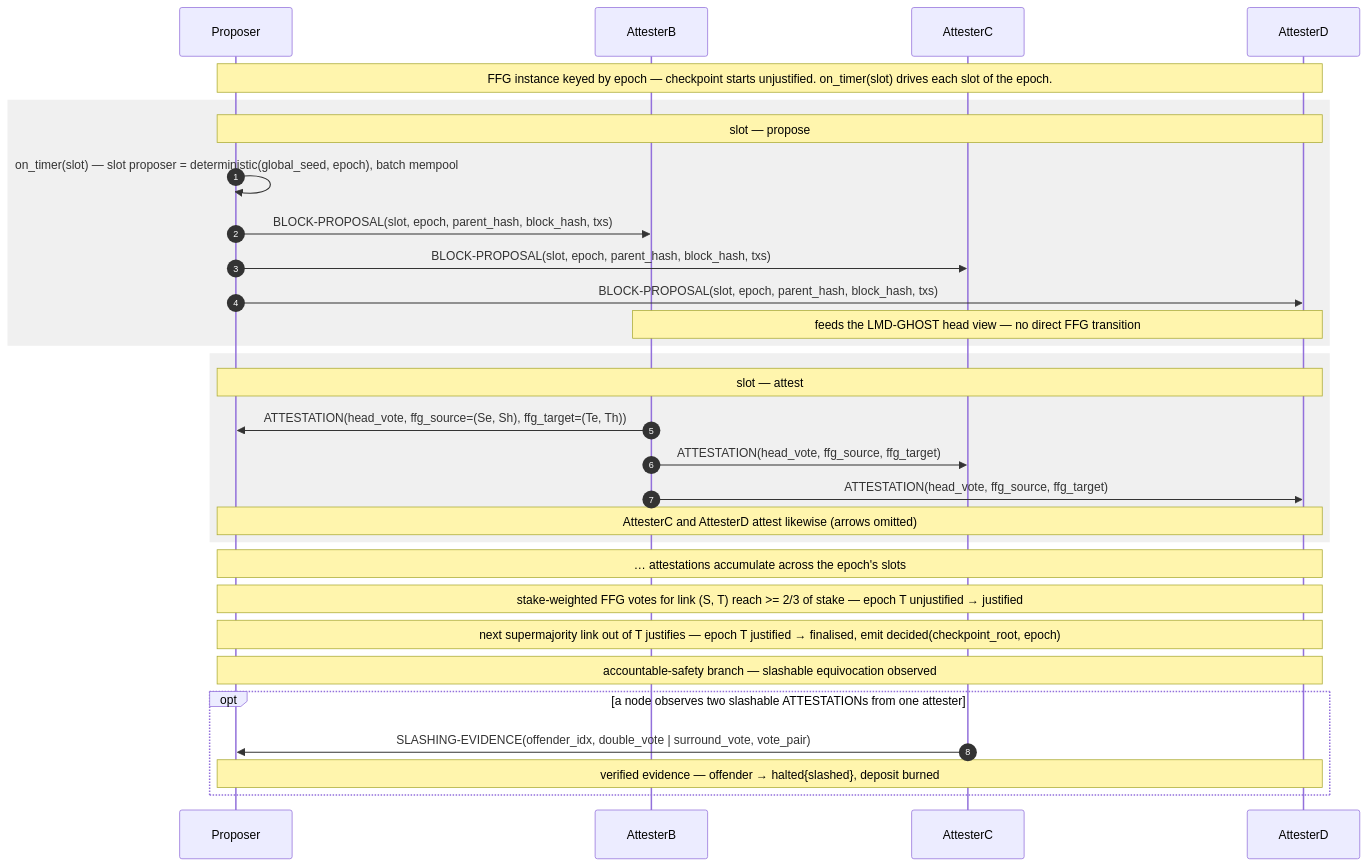
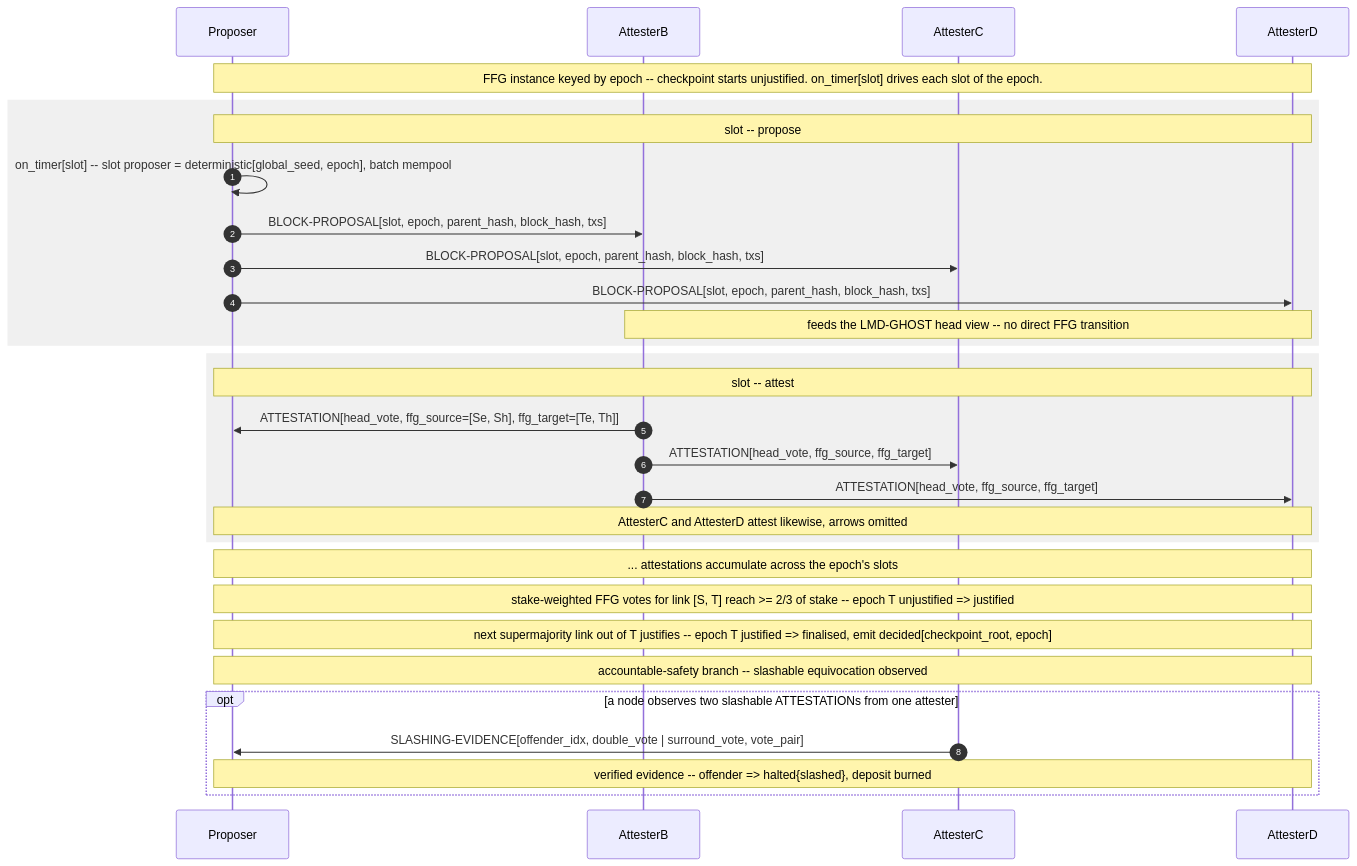
Before and after one commit to palhs/thesis: the diagram in wiki/diagrams/protocols/casper-ffg.md, drawn with Mermaid. The commit also changed 3 other files, not shown here.

First line of the commit message:
wiki: make protocol mermaid diagrams Zed-preview-safe

````diff
--- a/wiki/diagrams/protocols/casper-ffg.md
+++ b/wiki/diagrams/protocols/casper-ffg.md
@@ -15,40 +15,40 @@
 ```mermaid
-%% Casper FFG — justify-then-finalise for one epoch (stake threshold >= 2/3)
 sequenceDiagram
+    %% Casper FFG justify-then-finalise for one epoch (stake threshold >= 2/3)
     autonumber
     participant Proposer
     participant AttesterB
     participant AttesterC
     participant AttesterD
 
-    Note over Proposer,AttesterD: FFG instance keyed by epoch — checkpoint starts unjustified. on_timer(slot) drives each slot of the epoch.
+    Note over Proposer,AttesterD: FFG instance keyed by epoch -- checkpoint starts unjustified. on_timer[slot] drives each slot of the epoch.
 
     rect rgb(240,240,240)
-        Note over Proposer,AttesterD: slot — propose
-        Proposer->>Proposer: on_timer(slot) — slot proposer = deterministic(global_seed, epoch), batch mempool
-        Proposer->>AttesterB: BLOCK-PROPOSAL(slot, epoch, parent_hash, block_hash, txs)
-        Proposer->>AttesterC: BLOCK-PROPOSAL(slot, epoch, parent_hash, block_hash, txs)
-        Proposer->>AttesterD: BLOCK-PROPOSAL(slot, epoch, parent_hash, block_hash, txs)
-        Note over AttesterB,AttesterD: feeds the LMD-GHOST head view — no direct FFG transition
+        Note over Proposer,AttesterD: slot -- propose
+        Proposer->>Proposer: on_timer[slot] -- slot proposer = deterministic[global_seed, epoch], batch mempool
+        Proposer->>AttesterB: BLOCK-PROPOSAL[slot, epoch, parent_hash, block_hash, txs]
+        Proposer->>AttesterC: BLOCK-PROPOSAL[slot, epoch, parent_hash, block_hash, txs]
+        Proposer->>AttesterD: BLOCK-PROPOSAL[slot, epoch, parent_hash, block_hash, txs]
+        Note over AttesterB,AttesterD: feeds the LMD-GHOST head view -- no direct FFG transition
     end
 
     rect rgb(240,240,240)
-        Note over Proposer,AttesterD: slot — attest
-        AttesterB->>Proposer: ATTESTATION(head_vote, ffg_source=(Se, Sh), ffg_target=(Te, Th))
-        AttesterB->>AttesterC: ATTESTATION(head_vote, ffg_source, ffg_target)
-        AttesterB->>AttesterD: ATTESTATION(head_vote, ffg_source, ffg_target)
-        Note over Proposer,AttesterD: AttesterC and AttesterD attest likewise (arrows omitted)
+        Note over Proposer,AttesterD: slot -- attest
+        AttesterB->>Proposer: ATTESTATION[head_vote, ffg_source=[Se, Sh], ffg_target=[Te, Th]]
+        AttesterB->>AttesterC: ATTESTATION[head_vote, ffg_source, ffg_target]
+        AttesterB->>AttesterD: ATTESTATION[head_vote, ffg_source, ffg_target]
+        Note over Proposer,AttesterD: AttesterC and AttesterD attest likewise, arrows omitted
     end
 
-    Note over Proposer,AttesterD: … attestations accumulate across the epoch's slots
+    Note over Proposer,AttesterD: ... attestations accumulate across the epoch's slots
 
-    Note over Proposer,AttesterD: stake-weighted FFG votes for link (S, T) reach >= 2/3 of stake — epoch T unjustified → justified
-    Note over Proposer,AttesterD: next supermajority link out of T justifies — epoch T justified → finalised, emit decided(checkpoint_root, epoch)
+    Note over Proposer,AttesterD: stake-weighted FFG votes for link [S, T] reach >= 2/3 of stake -- epoch T unjustified => justified
+    Note over Proposer,AttesterD: next supermajority link out of T justifies -- epoch T justified => finalised, emit decided[checkpoint_root, epoch]
 
-    Note over Proposer,AttesterD: accountable-safety branch — slashable equivocation observed
+    Note over Proposer,AttesterD: accountable-safety branch -- slashable equivocation observed
 
     opt a node observes two slashable ATTESTATIONs from one attester
-        AttesterC->>Proposer: SLASHING-EVIDENCE(offender_idx, double_vote | surround_vote, vote_pair)
-        Note over Proposer,AttesterD: verified evidence — offender → halted{slashed}, deposit burned
+        AttesterC->>Proposer: SLASHING-EVIDENCE[offender_idx, double_vote | surround_vote, vote_pair]
+        Note over Proposer,AttesterD: verified evidence -- offender => halted{slashed}, deposit burned
     end
 ```
````
